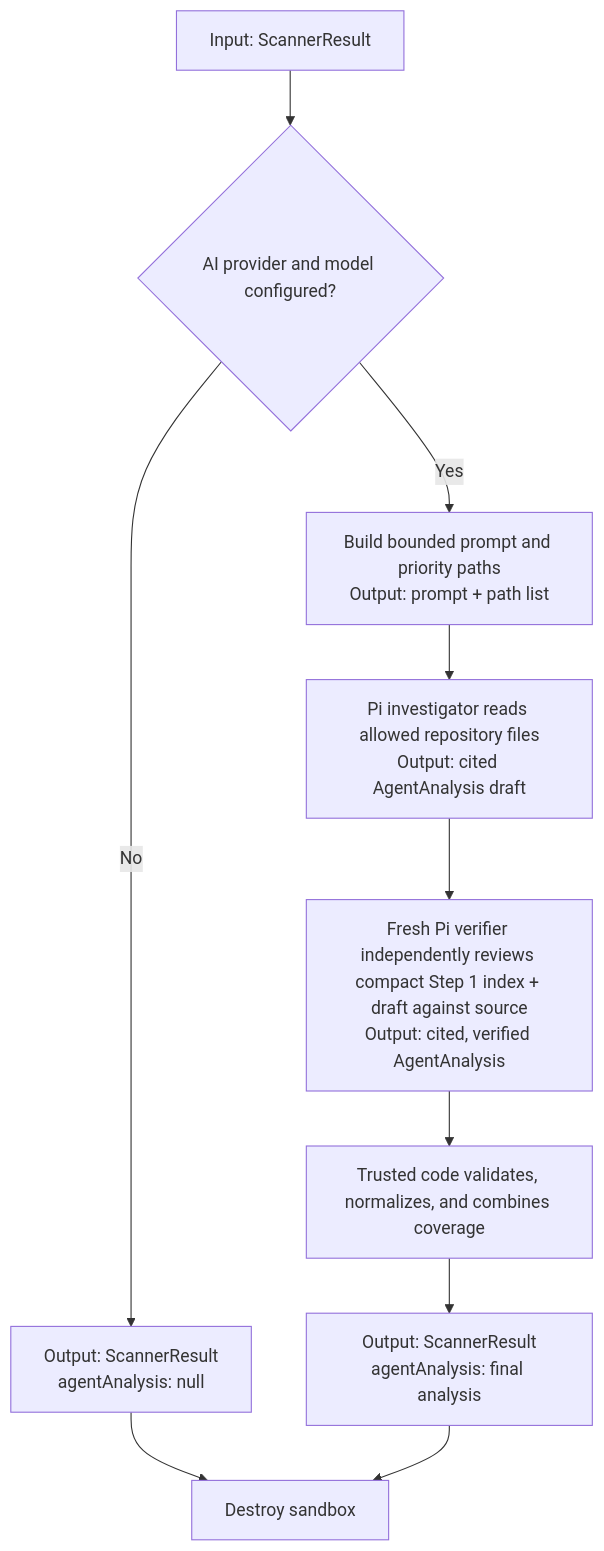
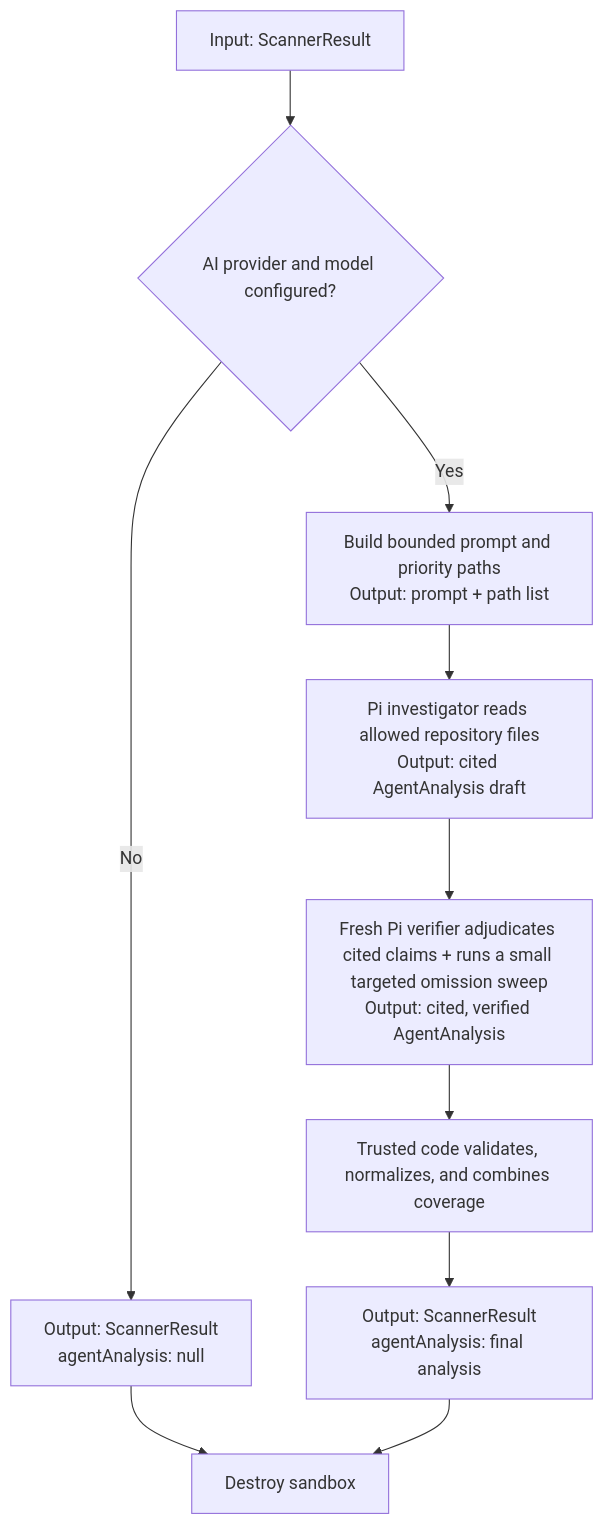
Before and after one commit to Tarun-Elango/codevet-worker: the second of 2 diagrams in flow.md, drawn with Mermaid. The commit also changed other lines of this file and 10 other files, not shown here.

````diff
--- a/flow.md
+++ b/flow.md
@@ -57,12 +57,12 @@
 ```mermaid
 flowchart TD
   R["Input: ScannerResult"] --> Q{"AI provider and model configured?"}
   Q -- No --> N["Output: ScannerResult\nagentAnalysis: null"]
   Q -- Yes --> B["Build bounded prompt and priority paths\nOutput: prompt + path list"]
   B --> I["Pi investigator reads allowed repository files\nOutput: cited AgentAnalysis draft"]
-  I --> V["Fresh Pi verifier independently reviews compact Step 1 index + draft against source\nOutput: cited, verified AgentAnalysis"]
+  I --> V["Fresh Pi verifier adjudicates cited claims + runs a small targeted omission sweep\nOutput: cited, verified AgentAnalysis"]
   V --> X["Trusted code validates, normalizes, and combines coverage"]
   X --> F["Output: ScannerResult\nagentAnalysis: final analysis"]
   N --> D["Destroy sandbox"]
   F --> D
 ```
````
